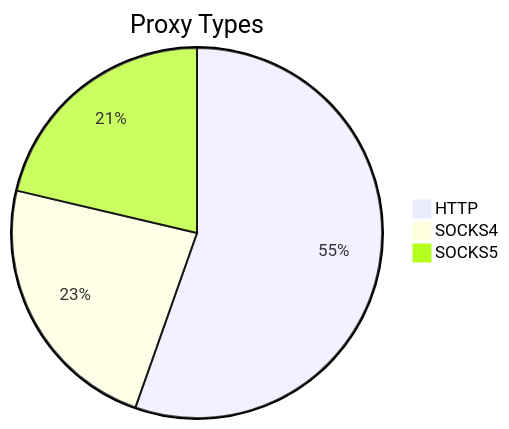
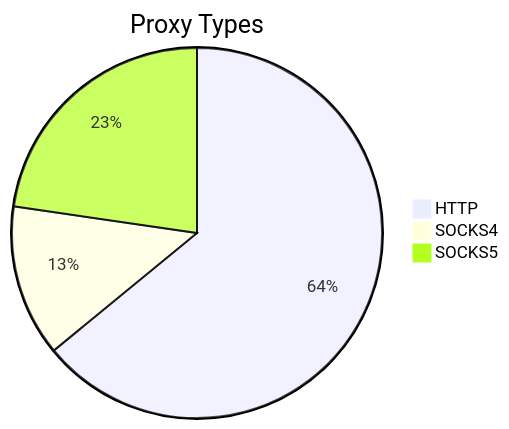
The first of 2 diagrams in README.md (stormsia/proxy-list), drawn with Mermaid before and after one commit. The commit also changed other lines of this file, not shown here.

````diff
--- a/README.md
+++ b/README.md
@@ -21,6 +21,6 @@
 ```mermaid
 pie title Proxy Types
-    "HTTP" : 595
-    "SOCKS4" : 250
-    "SOCKS5" : 229
+    "HTTP" : 508
+    "SOCKS4" : 105
+    "SOCKS5" : 180
 ```
````
